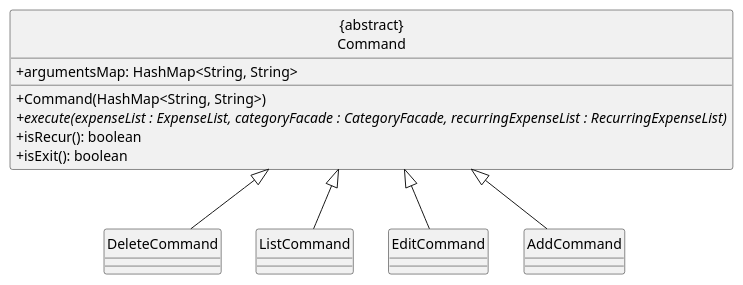
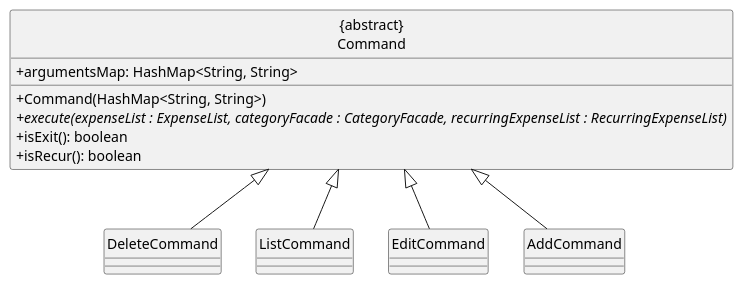
One commit to nus-cs2113-AY2425S1/tp changed the diagram in docs/diagrams/plantuml/CommandInheritance.puml. Above: the diagram before and after it, drawn with PlantUML. The commit also changed other lines of this file and 3 other files, not shown here.

```diff
--- a/docs/diagrams/plantuml/CommandInheritance.puml
+++ b/docs/diagrams/plantuml/CommandInheritance.puml
@@ -1,26 +1,26 @@
 @startuml
 skinparam classAttributeIconSize 0
 hide circle
 
 class "{abstract}\nCommand" {
     +argumentsMap: HashMap<String, String>
     +Command(HashMap<String, String>)
     +execute(expenseList : ExpenseList, categoryFacade : CategoryFacade, recurringExpenseList : RecurringExpenseList) {abstract}
+    +isExit(): boolean
     +isRecur(): boolean
-    +isExit(): boolean
 }
 
 
 together {
     class AddCommand
     class EditCommand
     class ListCommand
     class DeleteCommand
 }
 
 AddCommand -up-|> "{abstract}\nCommand"
 EditCommand-up-|> "{abstract}\nCommand"
 ListCommand -up-|> "{abstract}\nCommand"
 DeleteCommand -up-|> "{abstract}\nCommand"
 
 @enduml
```
